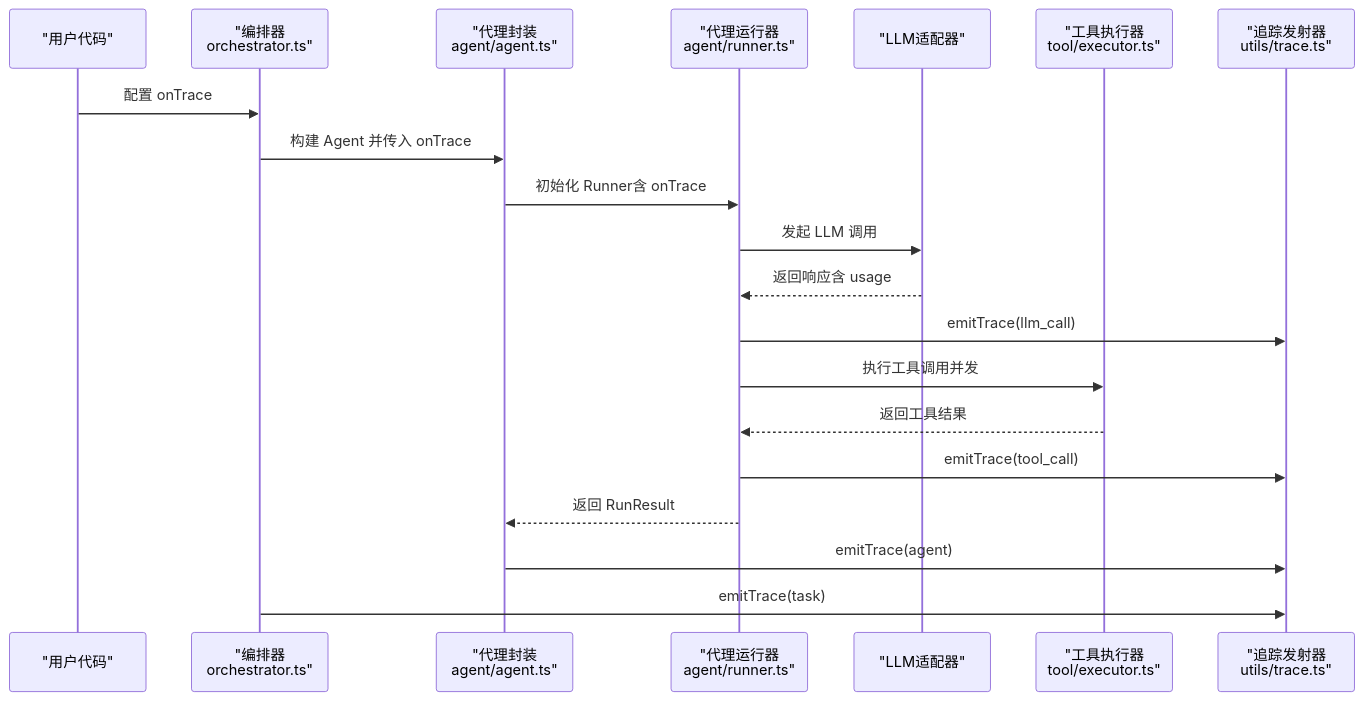
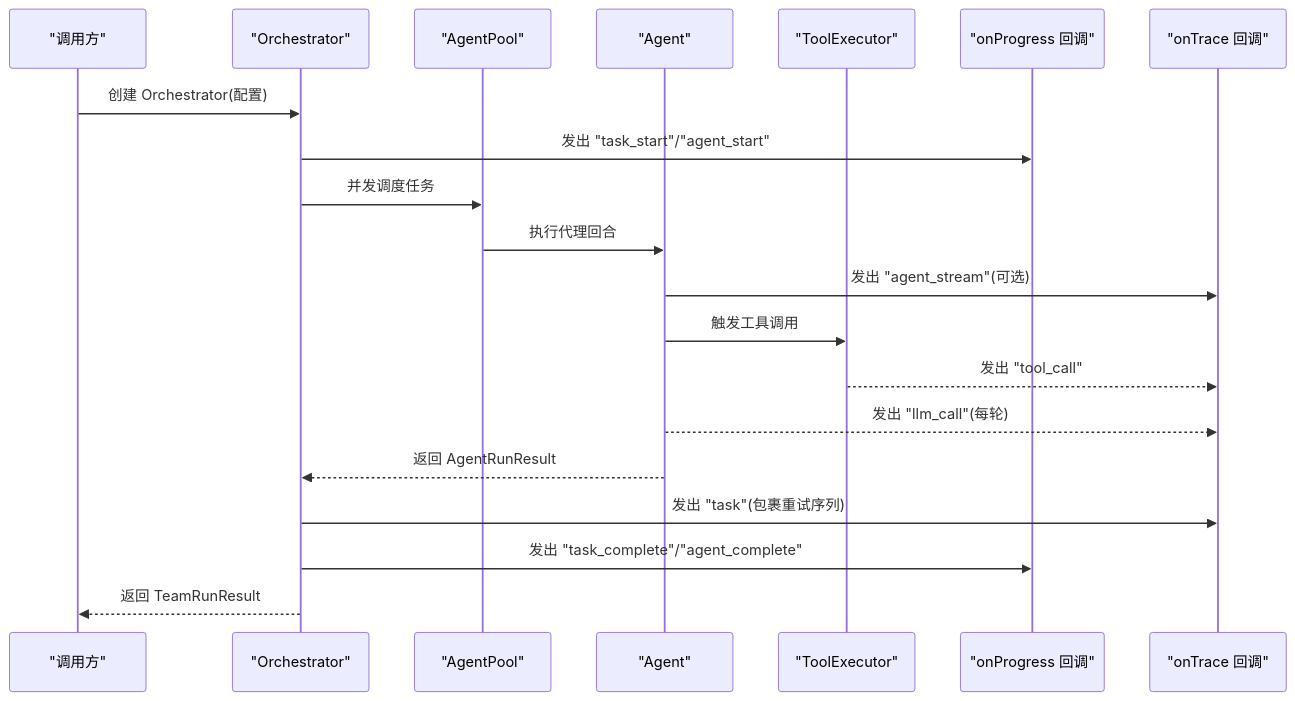
One commit to haolange/open-multi-agent changed the second of 6 diagrams in .qoder/repowiki/zh/content/可观测性.md. Above: the diagram before and after it, drawn with Mermaid. The commit also changed other lines of this file and 100 other files, not shown here.

````diff
--- a/.qoder/repowiki/zh/content/可观测性.md
+++ b/.qoder/repowiki/zh/content/可观测性.md
@@ -111,22 +89,22 @@
 ```mermaid
 sequenceDiagram
-participant User as "用户代码"
-participant Orchestrator as "编排器<br/>orchestrator.ts"
-participant Agent as "代理封装<br/>agent/agent.ts"
-participant Runner as "代理运行器<br/>agent/runner.ts"
-participant Adapter as "LLM适配器"
-participant Executor as "工具执行器<br/>tool/executor.ts"
-participant Trace as "追踪发射器<br/>utils/trace.ts"
-User->>Orchestrator : 配置 onTrace
-Orchestrator->>Agent : 构建 Agent 并传入 onTrace
-Agent->>Runner : 初始化 Runner含 onTrace
-Runner->>Adapter : 发起 LLM 调用
-Adapter-->>Runner : 返回响应含 usage
-Runner->>Trace : emitTrace(llm_call)
-Runner->>Executor : 执行工具调用并发
-Executor-->>Runner : 返回工具结果
-Runner->>Trace : emitTrace(tool_call)
-Runner-->>Agent : 返回 RunResult
-Agent->>Trace : emitTrace(agent)
-Orchestrator->>Trace : emitTrace(task)
+participant U as "调用方"
+participant O as "Orchestrator"
+participant P as "AgentPool"
+participant A as "Agent"
+participant T as "ToolExecutor"
+participant H as "onProgress 回调"
+participant R as "onTrace 回调"
+U->>O : 创建 Orchestrator(配置)
+O->>H : 发出 "task_start"/"agent_start"
+O->>P : 并发调度任务
+P->>A : 执行代理回合
+A->>R : 发出 "agent_stream"(可选)
+A->>T : 触发工具调用
+T-->>R : 发出 "tool_call"
+A-->>R : 发出 "llm_call"(每轮)
+A-->>O : 返回 AgentRunResult
+O->>R : 发出 "task"(包裹重试序列)
+O->>H : 发出 "task_complete"/"agent_complete"
+O-->>U : 返回 TeamRunResult
 ```
````
